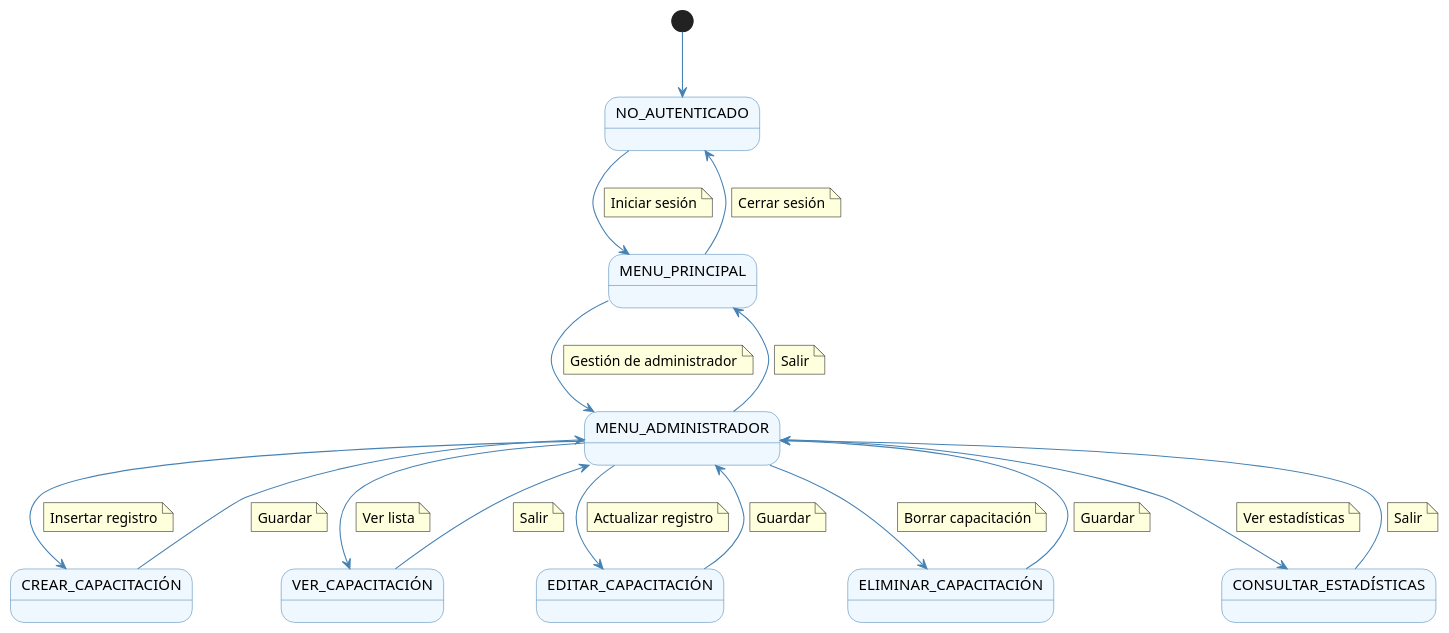
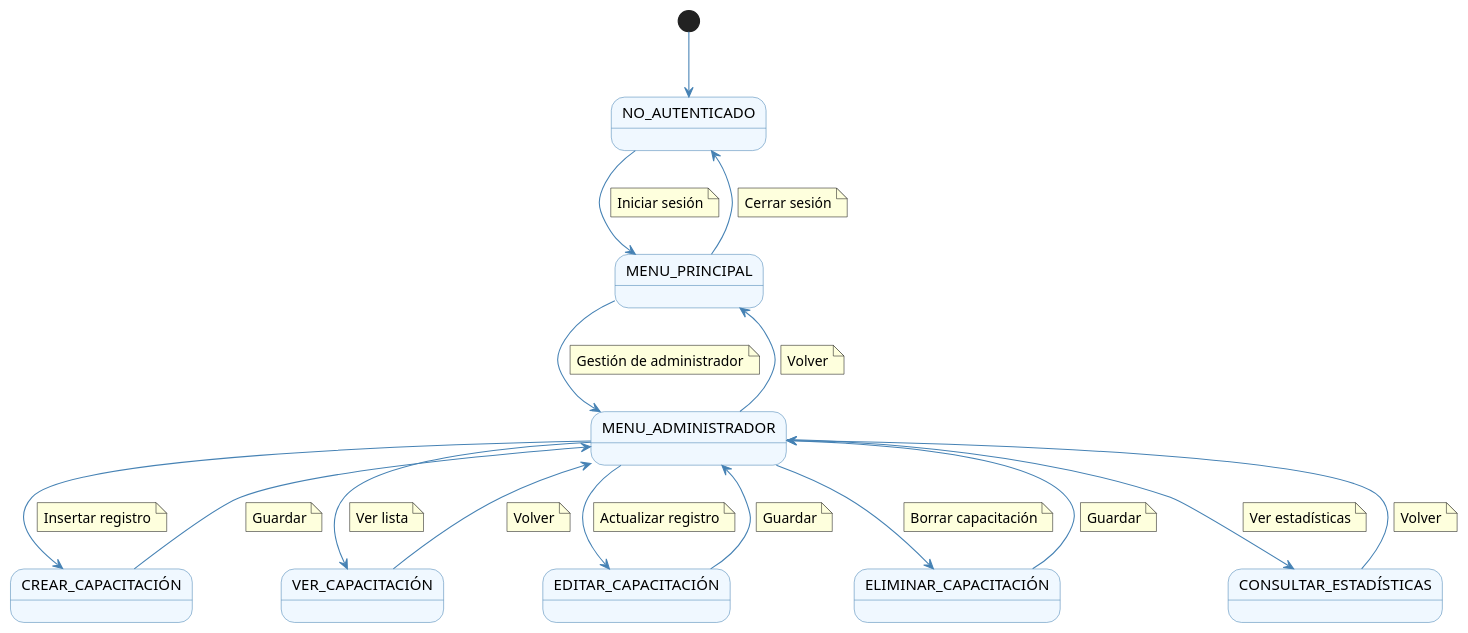
One commit to Dievex/24-25-IdSw1-SDR changed the diagram in casos_de_uso/diagramas_de_contexto/diagrama_contexto_administrador_capacitaciones.puml. Above: the diagram before and after it, drawn with PlantUML. The commit also changed 13 other files, not shown here.

Commit message:
fix(context-diagrams): replace "Salir" with "Volver" in all context diagrams

```diff
--- a/casos_de_uso/diagramas_de_contexto/diagrama_contexto_administrador_capacitaciones.puml
+++ b/casos_de_uso/diagramas_de_contexto/diagrama_contexto_administrador_capacitaciones.puml
@@ -1,94 +1,94 @@
 @startuml
 
 skinparam {
     StateFontSize 14
     StateFontColor black
     StateBackgroundColor #f0f8ff
     StateBorderColor #4682b4
     ArrowColor #4682b4
     ArrowFontColor #191970
     ArrowFontSize 12
 }
 
 state "NO_AUTENTICADO" as NoAuth
 state "MENU_PRINCIPAL" as Menu
 state "MENU_ADMINISTRADOR" as Menu_administrador
 state "CREAR_CAPACITACIÓN" as Crear_capacitación
 state "VER_CAPACITACIÓN" as Ver_capacitación
 state "EDITAR_CAPACITACIÓN" as Editar_capacitación
 state "ELIMINAR_CAPACITACIÓN" as Eliminar_capacitación
 state "CONSULTAR_ESTADÍSTICAS" as Consultar_estadísticas
 
 [*] --> NoAuth
 
 NoAuth --> Menu
     note on link
         Iniciar sesión
     end note
 
 Menu --> NoAuth
     note on link
         Cerrar sesión
     end note
 
 Menu --> Menu_administrador
     note on link
         Gestión de administrador
     end note
 
 Menu_administrador --> Menu
     note on link
-        Salir
+        Volver
     end note
 
 Menu_administrador --> Crear_capacitación
     note on link
         Insertar registro
     end note
 
 Crear_capacitación --> Menu_administrador
     note on link
         Guardar
     end note
 
 Menu_administrador --> Editar_capacitación
     note on link
         Actualizar registro
     end note
 
 Editar_capacitación --> Menu_administrador
     note on link
         Guardar
     end note
 
 Menu_administrador --> Ver_capacitación
     note on link
         Ver lista
     end note
 
 Ver_capacitación --> Menu_administrador
     note on link
-        Salir
+        Volver
     end note
 
 Menu_administrador --> Eliminar_capacitación
     note on link
         Borrar capacitación
     end note
 
 Eliminar_capacitación --> Menu_administrador
     note on link
         Guardar
     end note
 
 Menu_administrador --> Consultar_estadísticas
     note on link
         Ver estadísticas
     end note
 
 Consultar_estadísticas --> Menu_administrador
     note on link
-        Salir
+        Volver
     end note
 
 @enduml
```
